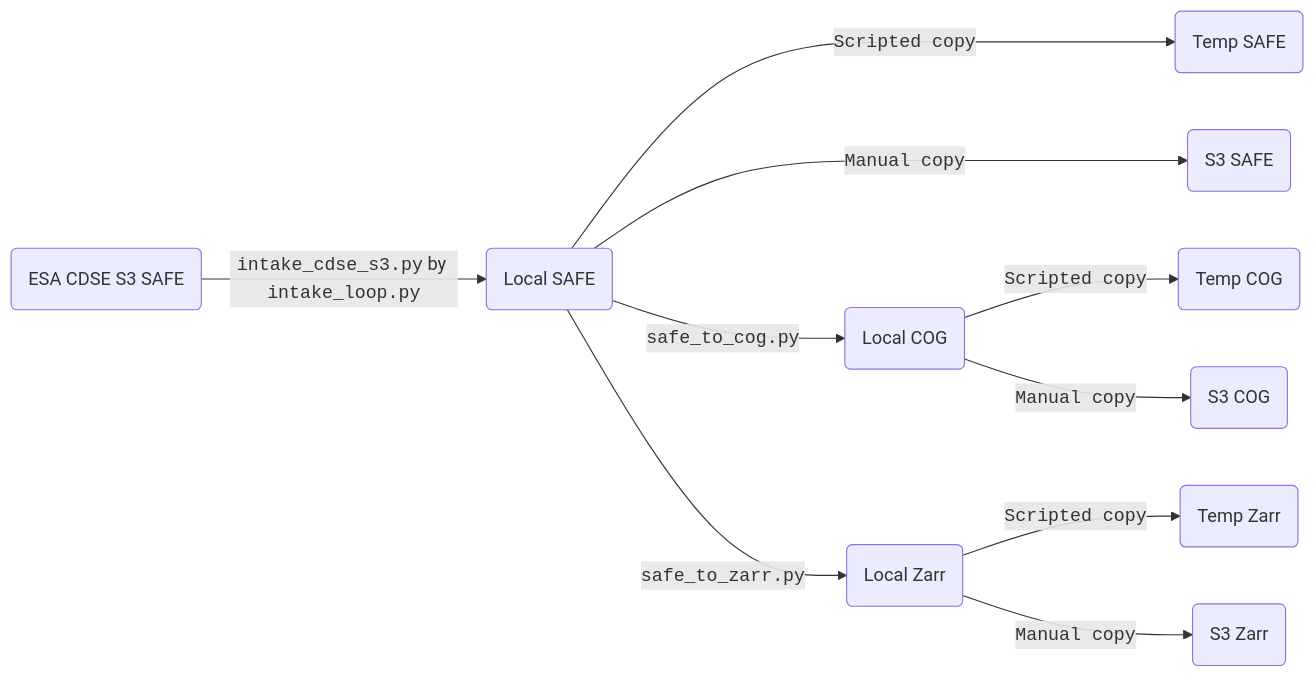
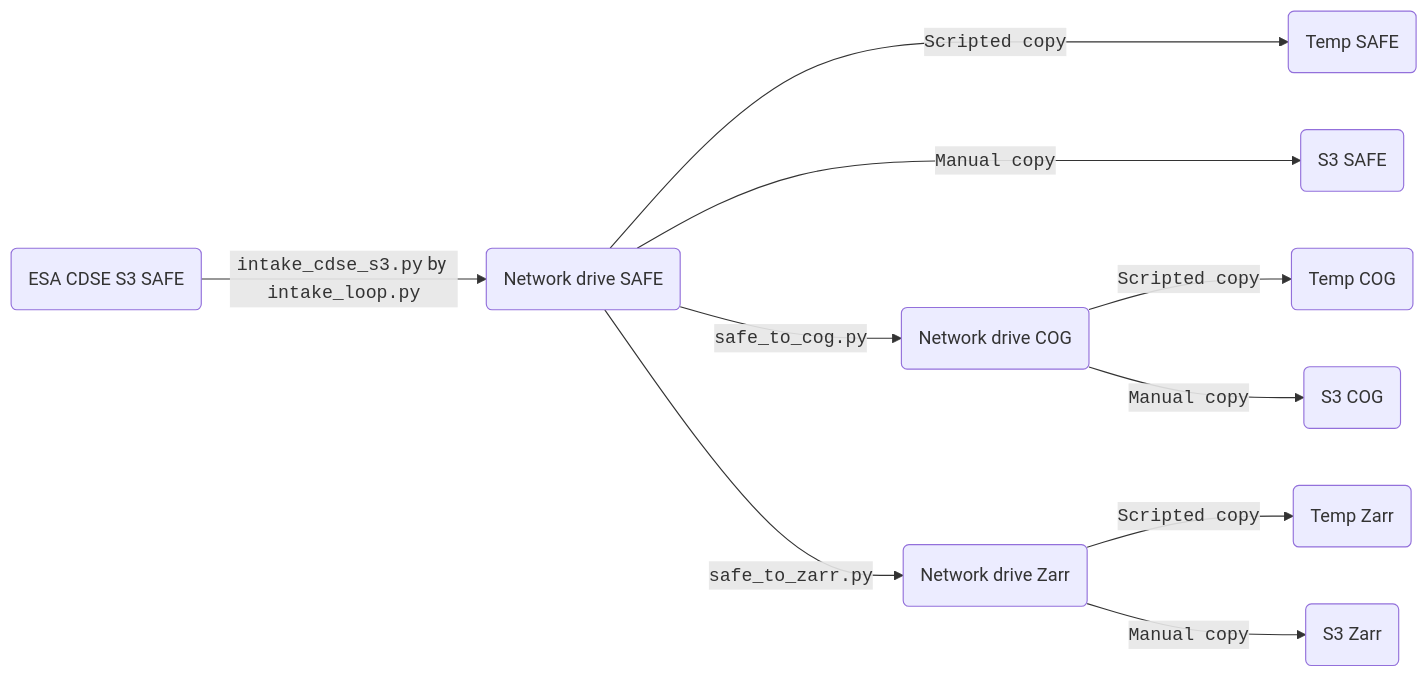
Before and after one commit to hamk-uas/datacube-storage-lab: the second of 2 diagrams in README.md, drawn with Mermaid.

Commit message:
readme edit

````diff
--- a/README.md
+++ b/README.md
@@ -108,12 +108,12 @@
 ```mermaid
 graph LR;
-    A(ESA CDSE S3 SAFE)--<code>intake_cdse_s3.py</code> by <code>intake_loop.py</code>-->B(Local SAFE);
+    A(ESA CDSE S3 SAFE)--<code>intake_cdse_s3.py</code> by <code>intake_loop.py</code>-->B(Network drive SAFE);
     B--<code>Scripted copy</code>--->J(Temp SAFE);
     B--<code>Manual copy</code>--->I(S3 SAFE);    
-    B--<code>safe_to_cog.py</code>-->C(Local COG);
-    B--<code>safe_to_zarr.py</code>-->D(Local Zarr);
+    B--<code>safe_to_cog.py</code>-->C(Network drive COG);
+    B--<code>safe_to_zarr.py</code>-->D(Network drive Zarr);
     C--<code>Scripted copy</code>-->E(Temp COG);
     D--<code>Scripted copy</code>-->F(Temp Zarr);
     C--<code>Manual copy</code>-->G(S3 COG);
     D--<code>Manual copy</code>-->H(S3 Zarr);
 ```
````
